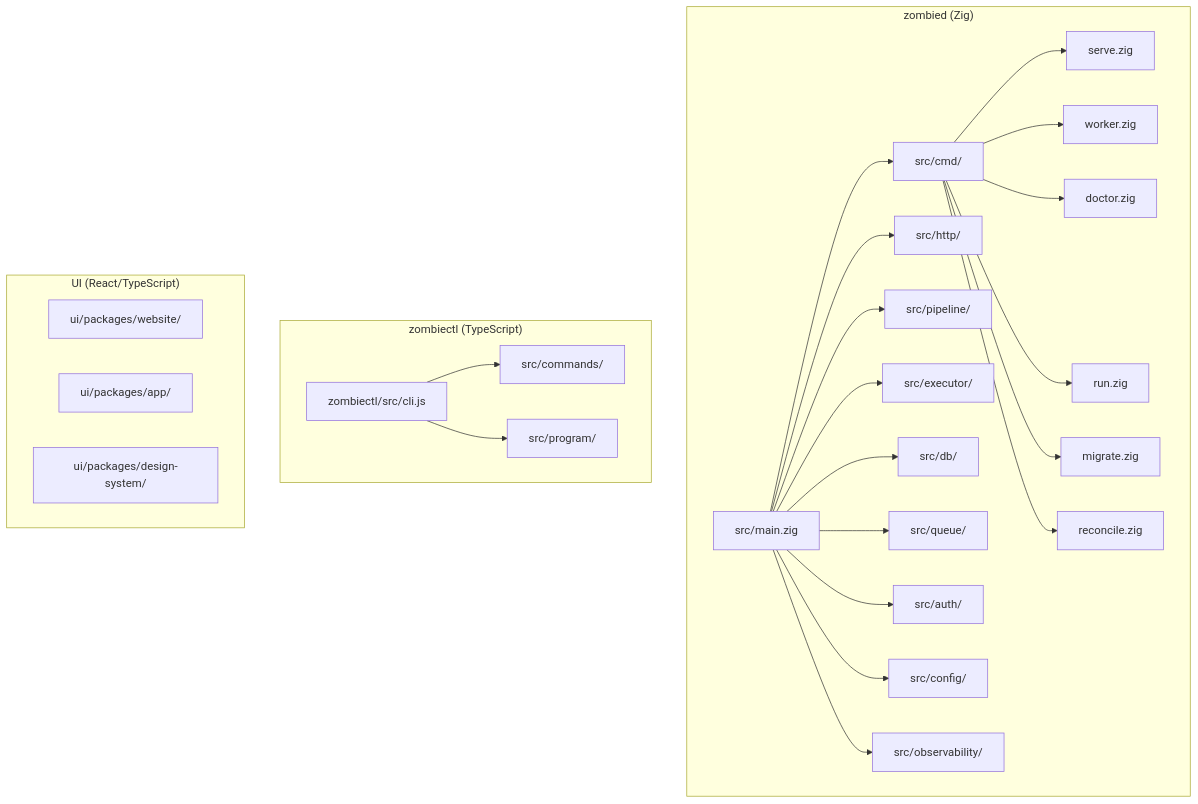
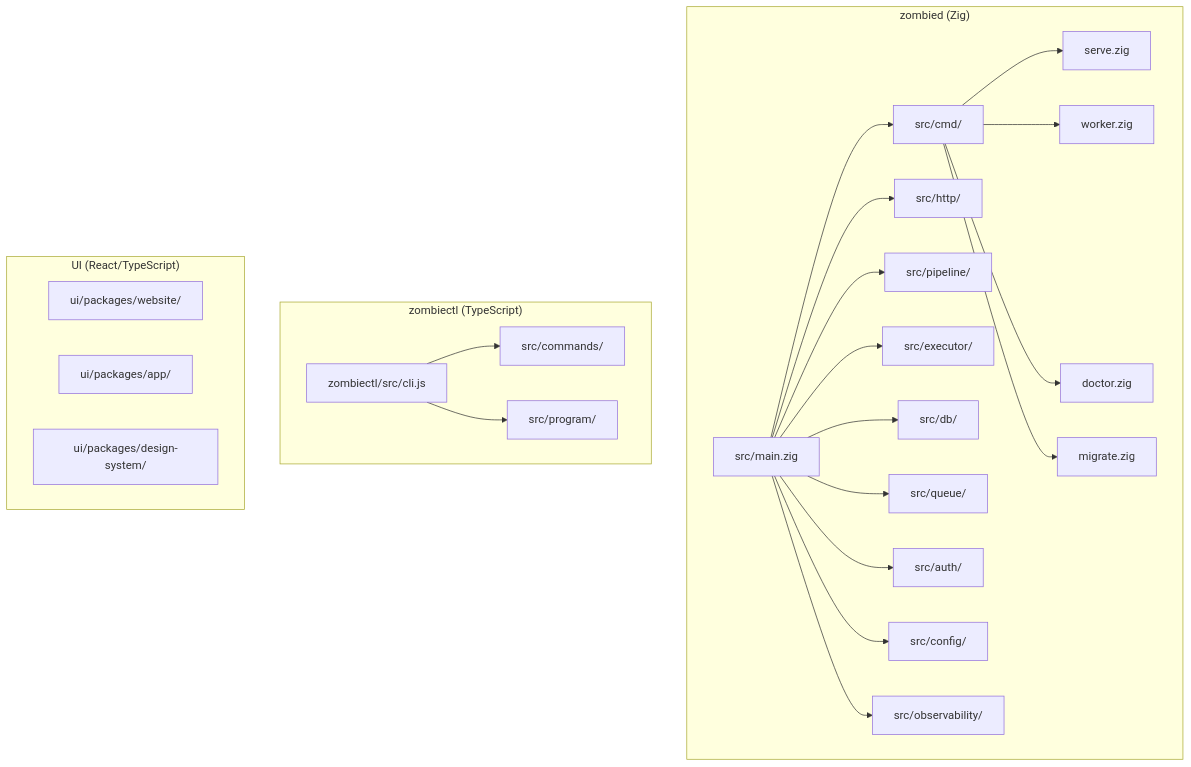
One commit to usezombie/docs changed the diagram in contributing/architecture.mdx. Above: the diagram before and after it, drawn with Mermaid. The commit also changed other lines of this file and 3 other files, not shown here.

````diff
--- a/contributing/architecture.mdx
+++ b/contributing/architecture.mdx
@@ -8,29 +8,27 @@
 ```mermaid
 graph TD
     subgraph "zombied (Zig)"
         Main[src/main.zig] --> CMD[src/cmd/]
         CMD --> Serve[serve.zig]
         CMD --> WorkerCmd[worker.zig]
         CMD --> Doctor[doctor.zig]
-        CMD --> Run[run.zig]
         CMD --> Migrate[migrate.zig]
-        CMD --> Reconcile[reconcile.zig]
         Main --> HTTP[src/http/]
         Main --> Pipeline[src/pipeline/]
         Main --> Executor[src/executor/]
         Main --> DB[src/db/]
         Main --> Queue[src/queue/]
         Main --> Auth[src/auth/]
         Main --> Config[src/config/]
         Main --> Observability[src/observability/]
     end
     subgraph "zombiectl (TypeScript)"
         CLI[zombiectl/src/cli.js] --> Commands[src/commands/]
         CLI --> Program[src/program/]
     end
     subgraph "UI (React/TypeScript)"
         Website[ui/packages/website/]
         App[ui/packages/app/]
         DesignSystem[ui/packages/design-system/]
     end
 ```
````
